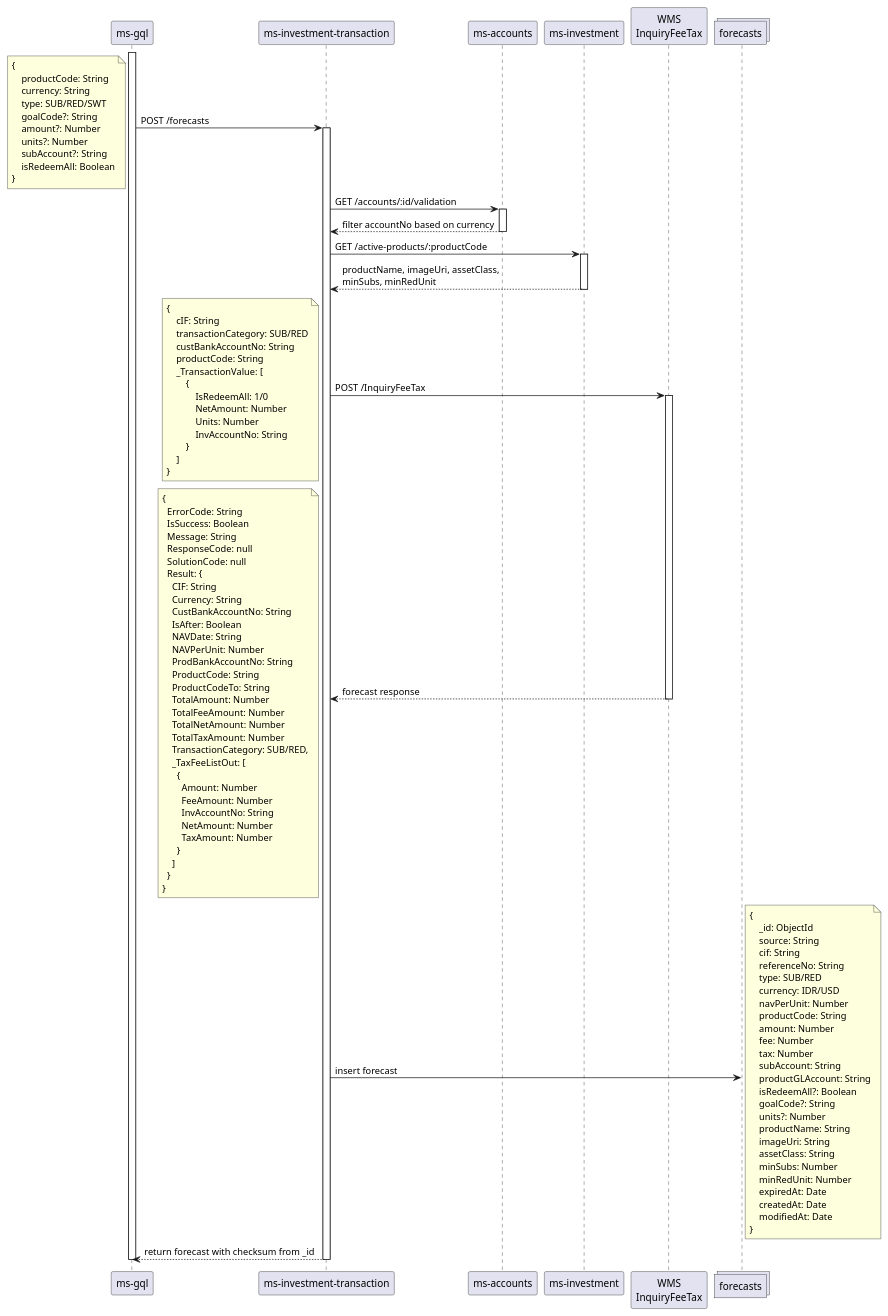
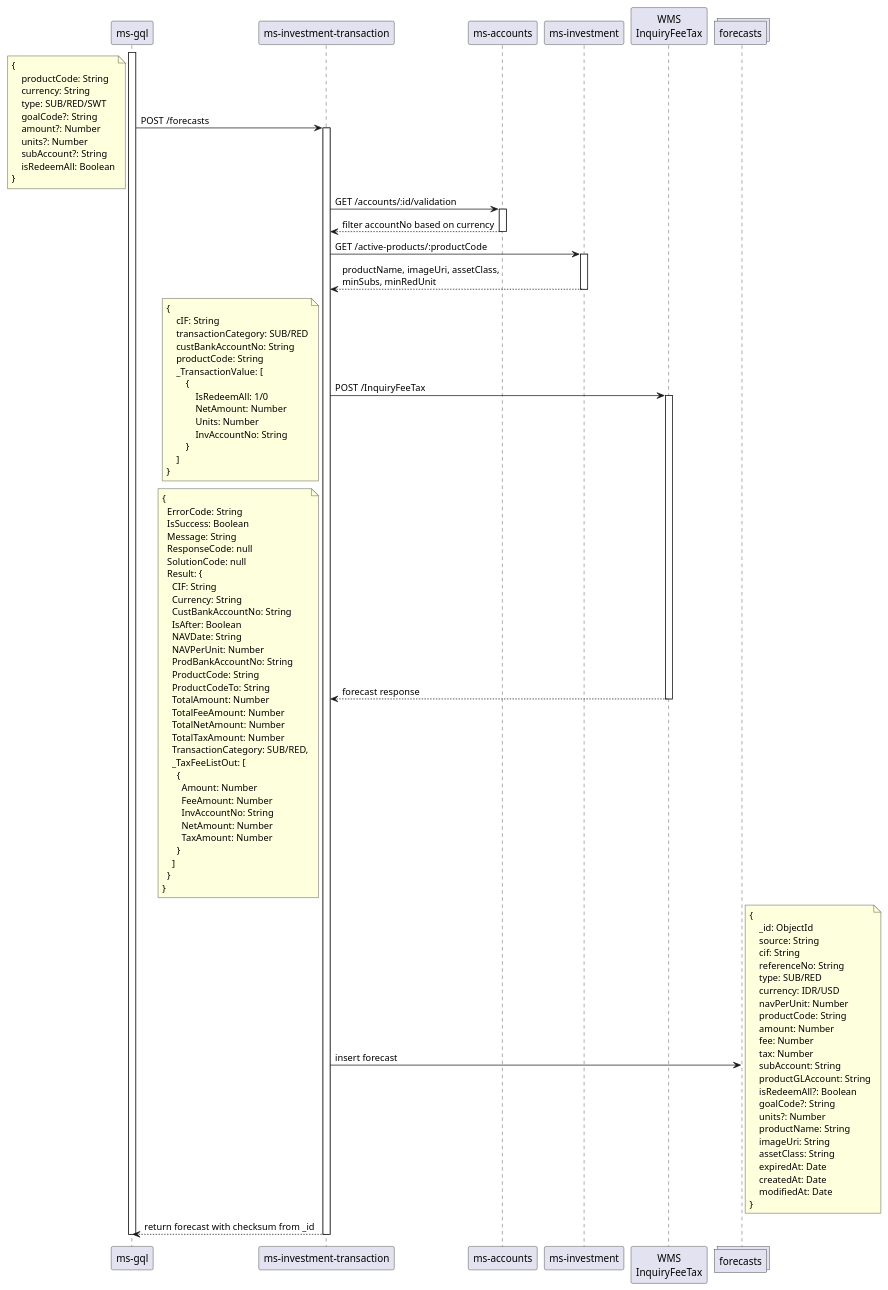
Before and after one commit to iksena/jenius-uml: the diagram in forecasts.puml, drawn with PlantUML. The commit also changed 2 other files, not shown here.

```diff
--- a/forecasts.puml
+++ b/forecasts.puml
@@ -1,118 +1,116 @@
 @startuml buy transaction
 participant "ms-gql" as mg
 participant "ms-investment-transaction" as mit
 participant "ms-accounts" as ma
 participant "ms-investment" as mi
 participant "WMS\nInquiryFeeTax" as wms
 collections "forecasts" as forecasts
 
 activate mg
 mg -> mit: POST /forecasts
 note left
 {
     productCode: String
     currency: String
     type: SUB/RED/SWT
     goalCode?: String
     amount?: Number
     units?: Number
     subAccount?: String
     isRedeemAll: Boolean
 }
 end note
 activate mit
 mit -> ma: GET /accounts/:id/validation
 activate ma
 ma --> mit: filter accountNo based on currency
 deactivate ma
 mit -> mi: GET /active-products/:productCode
 activate mi
 mi --> mit: productName, imageUri, assetClass,\nminSubs, minRedUnit
 deactivate mi
 mit -> wms: POST /InquiryFeeTax
 note left
 {
     cIF: String
     transactionCategory: SUB/RED
     custBankAccountNo: String
     productCode: String
     _TransactionValue: [
         {
             IsRedeemAll: 1/0
             NetAmount: Number
             Units: Number
             InvAccountNo: String
         }
     ]
 }
 end note
 activate wms
 wms --> mit: forecast response
 note left
 {
   ErrorCode: String
   IsSuccess: Boolean
   Message: String
   ResponseCode: null
   SolutionCode: null
   Result: {
     CIF: String
     Currency: String
     CustBankAccountNo: String
     IsAfter: Boolean
     NAVDate: String
     NAVPerUnit: Number
     ProdBankAccountNo: String
     ProductCode: String
     ProductCodeTo: String
     TotalAmount: Number
     TotalFeeAmount: Number
     TotalNetAmount: Number
     TotalTaxAmount: Number
     TransactionCategory: SUB/RED,
     _TaxFeeListOut: [
       {
         Amount: Number
         FeeAmount: Number
         InvAccountNo: String
         NetAmount: Number
         TaxAmount: Number
       }
     ]
   }
 }
 end note
 deactivate wms
 mit -> forecasts: insert forecast
 note right
 {
     _id: ObjectId
     source: String
     cif: String
     referenceNo: String
     type: SUB/RED
     currency: IDR/USD
     navPerUnit: Number
     productCode: String
     amount: Number
     fee: Number
     tax: Number
     subAccount: String
     productGLAccount: String
     isRedeemAll?: Boolean
     goalCode?: String
     units?: Number
     productName: String
     imageUri: String
     assetClass: String
-    minSubs: Number
-    minRedUnit: Number
     expiredAt: Date
     createdAt: Date
     modifiedAt: Date
 }
 end note
 mit --> mg: return forecast with checksum from _id
 deactivate mit
 deactivate mg
 @enduml
```
